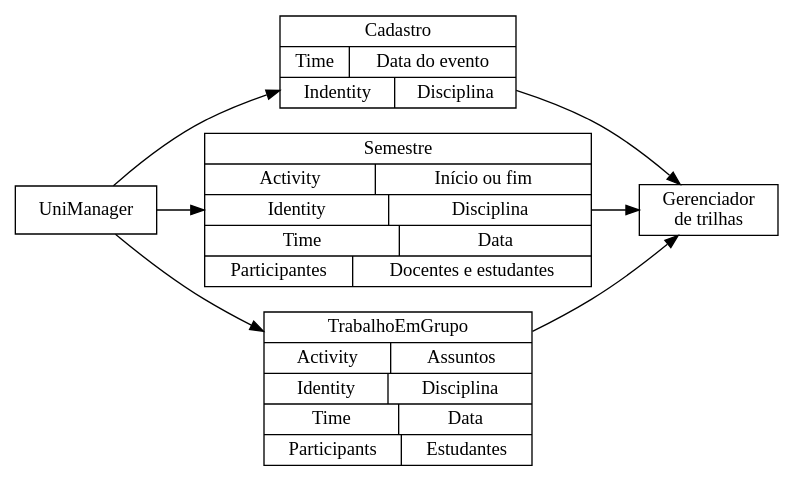
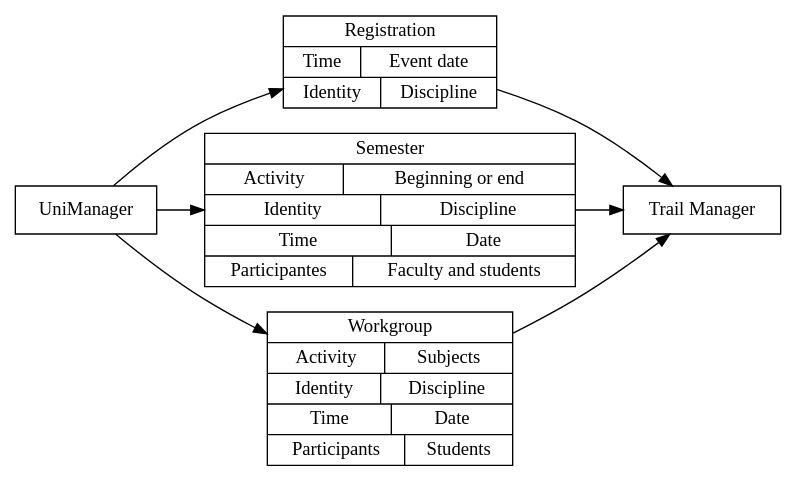
Before and after one commit to andrenho/andrenho: the diagram in academia/eprofile/graficos/ont_disciplina.dot, drawn with Graphviz. The commit also changed 24 other files, not shown here.

```diff
--- a/academia/eprofile/graficos/ont_disciplina.dot
+++ b/academia/eprofile/graficos/ont_disciplina.dot
@@ -1,14 +1,14 @@
 digraph G {
 
   rankdir = LR;
-	node [shape=record];
+  node [shape=record];
   UniManager;
-  trail [label="Gerenciador\nde trilhas"];
-  cadastro [label="Cadastro|{Time|Data do evento}|{Indentity|Disciplina}"];
-  semestre [label="Semestre|{Activity|Início ou fim}|{Identity|Disciplina}|{Time|Data}|{Participantes|Docentes e estudantes}"];
-  trabalho [label="TrabalhoEmGrupo|{Activity|Assuntos}|{Identity|Disciplina}|{Time|Data}|{Participants|Estudantes}"];
+  trail [label="Trail Manager"];
+  cadastro [label="Registration|{Time|Event date}|{Identity|Discipline}"];
+  semestre [label="Semester|{Activity|Beginning or end}|{Identity|Discipline}|{Time|Date}|{Participantes|Faculty and students}"];
+  trabalho [label="Workgroup|{Activity|Subjects}|{Identity|Discipline}|{Time|Date}|{Participants|Students}"];
 
   UniManager -> cadastro -> trail;
   UniManager -> semestre -> trail;
   UniManager -> trabalho -> trail;
 }
```
